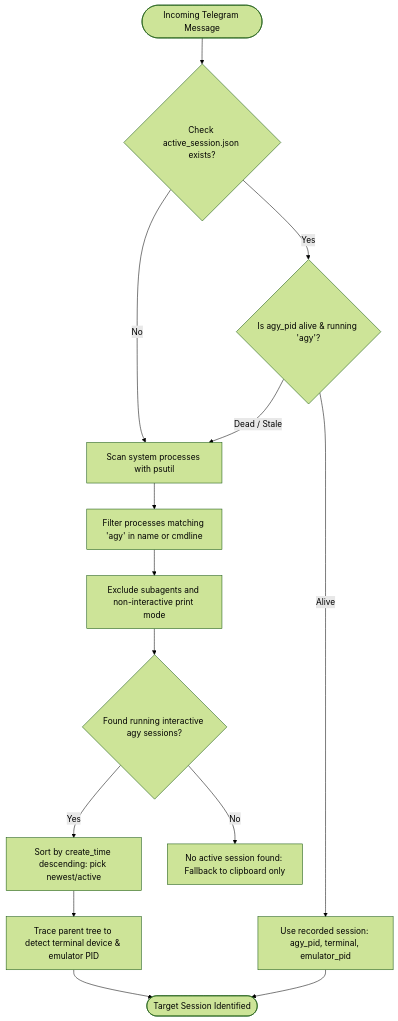
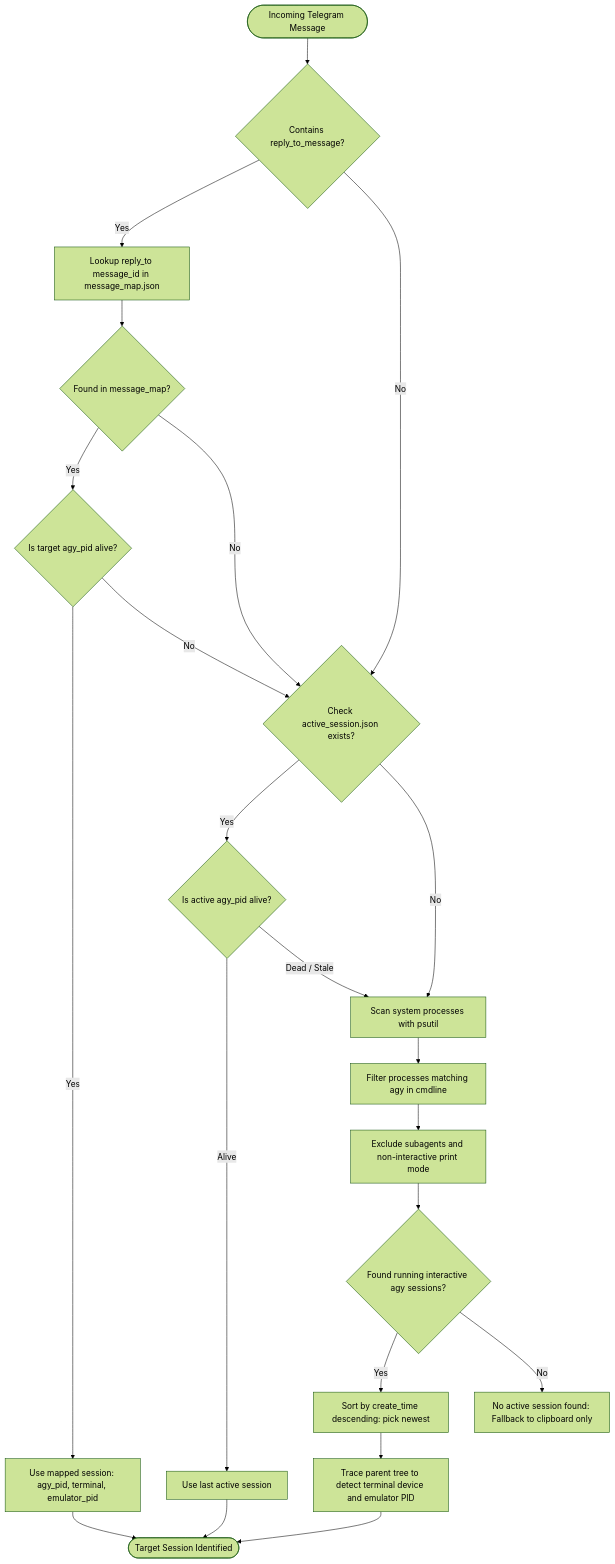
One commit to jendermine/tg-bridge changed the fourth of 5 diagrams in ARCHITECTURE.md. Above: the diagram before and after it, drawn with Mermaid (forest theme). The commit also changed other lines of this file and 3 other files, not shown here.

Commit message:
feat: multi-agent reply routing, session header tagging, and remove all emojis

````diff
--- a/ARCHITECTURE.md
+++ b/ARCHITECTURE.md
@@ -162,21 +173,31 @@
 ```mermaid
 flowchart TD
-    Start([Incoming Telegram Message]) --> CheckSessionFile{Check active_session.json exists?}
+    Start([Incoming Telegram Message]) --> HasReply{Contains reply_to_message?}
     
-    CheckSessionFile -->|Yes| ValidatePID{Is agy_pid alive & running 'agy'?}
-    CheckSessionFile -->|No| ScanProcesses[Scan system processes with psutil]
+    HasReply -->|Yes| QueryMap[Lookup reply_to message_id in message_map.json]
+    QueryMap --> FoundInMap{Found in message_map?}
+    FoundInMap -->|Yes| CheckTargetAlive{Is target agy_pid alive?}
+    CheckTargetAlive -->|Yes| UseReplySession[Use mapped session: agy_pid, terminal, emulator_pid]
+    CheckTargetAlive -->|No| CheckActiveFile
+    FoundInMap -->|No| CheckActiveFile
 
-    ValidatePID -->|Alive| UseRecordedSession[Use recorded session: agy_pid, terminal, emulator_pid]
-    ValidatePID -->|Dead / Stale| ScanProcesses
+    HasReply -->|No| CheckActiveFile{Check active_session.json exists?}
+    
+    CheckActiveFile -->|Yes| ValidateActive{Is active agy_pid alive?}
+    CheckActiveFile -->|No| ScanProcesses[Scan system processes with psutil]
 
-    ScanProcesses --> FilterAgy[Filter processes matching 'agy' in name or cmdline]
+    ValidateActive -->|Alive| UseActiveSession[Use last active session]
+    ValidateActive -->|Dead / Stale| ScanProcesses
+
+    ScanProcesses --> FilterAgy[Filter processes matching agy in cmdline]
     FilterAgy --> FilterInteractive[Exclude subagents and non-interactive print mode]
     FilterInteractive --> HasCandidates{Found running interactive agy sessions?}
 
-    HasCandidates -->|Yes| SortCandidates[Sort by create_time descending: pick newest/active]
+    HasCandidates -->|Yes| SortCandidates[Sort by create_time descending: pick newest]
     HasCandidates -->|No| NoSession[No active session found: Fallback to clipboard only]
 
-    SortCandidates --> TraceAncestry[Trace parent tree to detect terminal device & emulator PID]
+    SortCandidates --> TraceAncestry[Trace parent tree to detect terminal device and emulator PID]
     TraceAncestry --> TargetResolved([Target Session Identified])
-    UseRecordedSession --> TargetResolved
+    UseReplySession --> TargetResolved
+    UseActiveSession --> TargetResolved
 ```
````
